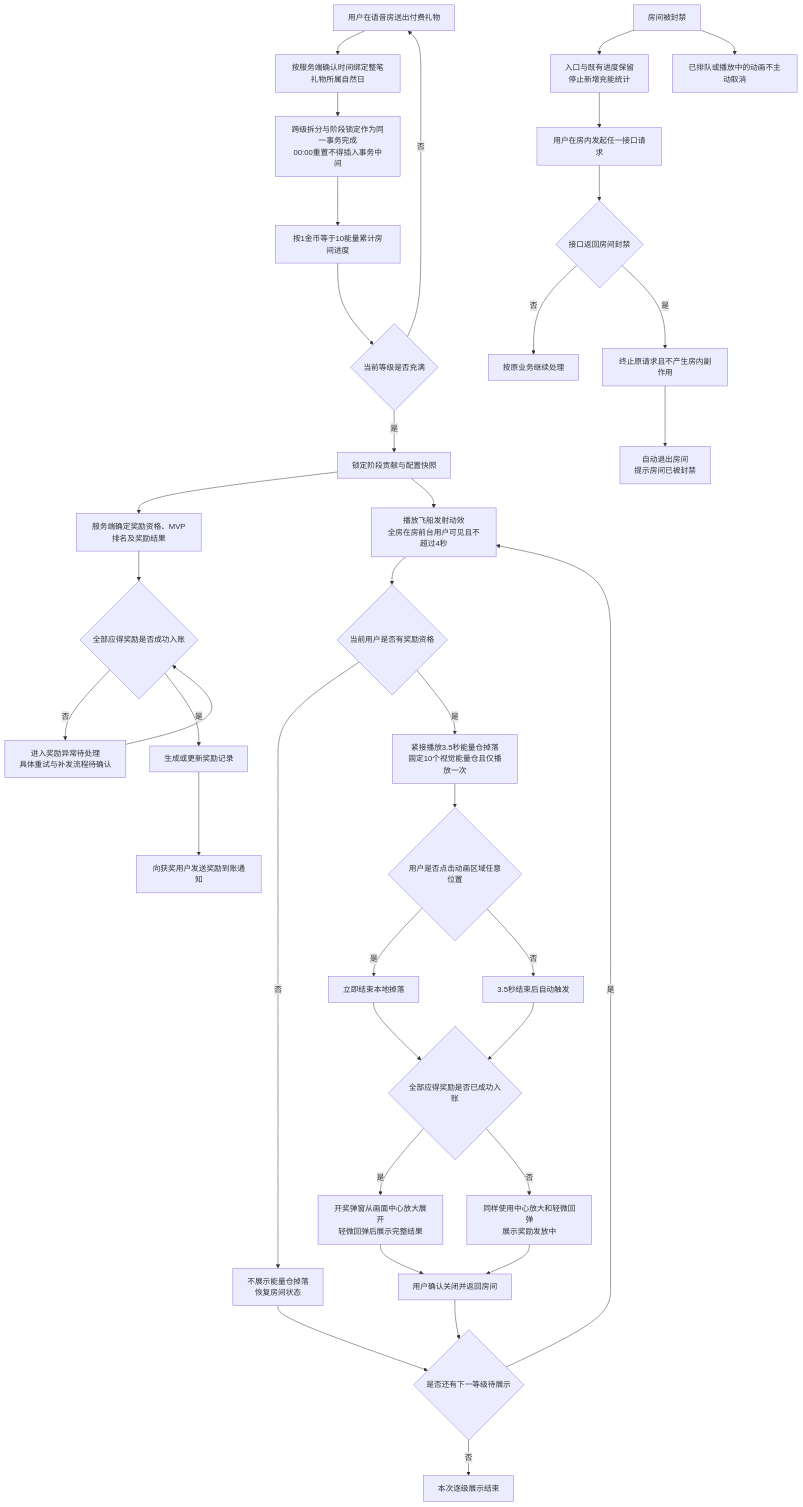
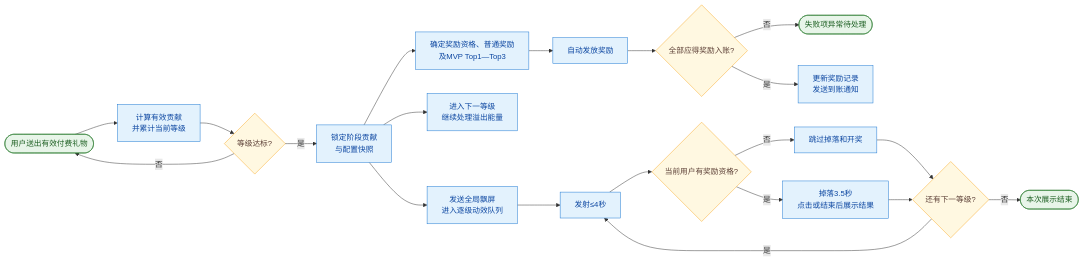
One commit to Chawucikela/TOP-KHALIJ changed the first of 5 diagrams in 星际飞船/房间飞船挑战-简易业务流程图.mmd. Above: the diagram before and after it, drawn with Mermaid. The commit also changed other lines of this file and 32 other files, not shown here.

````diff
--- a/星际飞船/房间飞船挑战-简易业务流程图.mmd
+++ b/星际飞船/房间飞船挑战-简易业务流程图.mmd
@@ -1,40 +7,30 @@
 ```mermaid
-flowchart TD
-    A[用户在语音房送出付费礼物] --> A1[按服务端确认时间绑定整笔礼物所属自然日]
-    A1 --> A2[跨级拆分与阶段锁定作为同一事务完成<br/>00:00重置不得插入事务中间]
-    A2 --> B[按1金币等于10能量累计房间进度]
-    B --> C{当前等级是否充满}
+flowchart LR
+    A([用户送出有效付费礼物]) --> B[计算有效贡献<br/>并累计当前等级]
+    B --> C{等级达标?}
     C -- 否 --> A
-    C -- 是 --> D[锁定阶段贡献与配置快照]
-    D --> E[服务端确定奖励资格、MVP排名及奖励结果]
-    D --> F[播放飞船发射动效<br/>全房在房前台用户可见且不超过4秒]
-    F --> G{当前用户是否有奖励资格}
-    G -- 否 --> H[不展示能量仓掉落<br/>恢复房间状态]
-    G -- 是 --> I[紧接播放3.5秒能量仓掉落<br/>固定10个视觉能量仓且仅播放一次]
-    I --> J{用户是否点击动画区域任意位置}
-    J -- 是 --> K[立即结束本地掉落]
-    J -- 否 --> L[3.5秒结束后自动触发]
-    K --> M{全部应得奖励是否已成功入账}
-    L --> M
-    M -- 是 --> N[开奖弹窗从画面中心放大展开<br/>轻微回弹后展示完整结果]
-    M -- 否 --> O[同样使用中心放大和轻微回弹<br/>展示奖励发放中]
-    N --> P[用户确认关闭并返回房间]
+    C -- 是 --> D[锁定阶段贡献<br/>与配置快照]
+    D --> E[确定奖励资格、普通奖励<br/>及MVP Top1—Top3]
+    D --> F[进入下一等级<br/>继续处理溢出能量]
+    D --> G[发送全局飘屏<br/>进入逐级动效队列]
+    E --> H[自动发放奖励]
+    H --> I{全部应得奖励入账?}
+    I -- 否 --> J([失败项异常待处理])
+    I -- 是 --> K[更新奖励记录<br/>发送到账通知]
+    G --> L[发射≤4秒]
+    L --> M{当前用户有奖励资格?}
+    M -- 否 --> N[跳过掉落和开奖]
+    M -- 是 --> O[掉落3.5秒<br/>点击或结束后展示结果]
+    N --> P{还有下一等级?}
     O --> P
-    P --> P2{是否还有下一等级待展示}
-    H --> P2
-    P2 -- 是 --> F
-    P2 -- 否 --> P3[本次逐级展示结束]
-    E --> Q{全部应得奖励是否成功入账}
-    Q -- 否 --> R[进入奖励异常待处理<br/>具体重试与补发流程待确认]
-    R --> Q
-    Q -- 是 --> S[生成或更新奖励记录]
-    S --> T[向获奖用户发送奖励到账通知]
+    P -- 是 --> L
+    P -- 否 --> Q([本次展示结束])
 
-    U[房间被封禁] --> U1[入口与既有进度保留<br/>停止新增充能统计]
-    U --> U2[已排队或播放中的动画不主动取消]
-    U1 --> U3[用户在房内发起任一接口请求]
-    U3 --> U4{接口返回房间封禁}
-    U4 -- 否 --> U5[按原业务继续处理]
-    U4 -- 是 --> U6[终止原请求且不产生房内副作用]
-    U6 --> U7[自动退出房间<br/>提示房间已被封禁]
+    classDef startEnd fill:#E8F5E9,stroke:#2E7D32,color:#1B5E20;
+    classDef decision fill:#FFF8E1,stroke:#F9A825,color:#5D4037;
+    classDef process fill:#E3F2FD,stroke:#1976D2,color:#0D47A1;
+    classDef exception fill:#FFEBEE,stroke:#C62828,color:#B71C1C;
+    class A,J,Q startEnd;
+    class C,I,M,P decision;
+    class B,D,E,F,G,H,K,L,N,O process;
 ```
````
